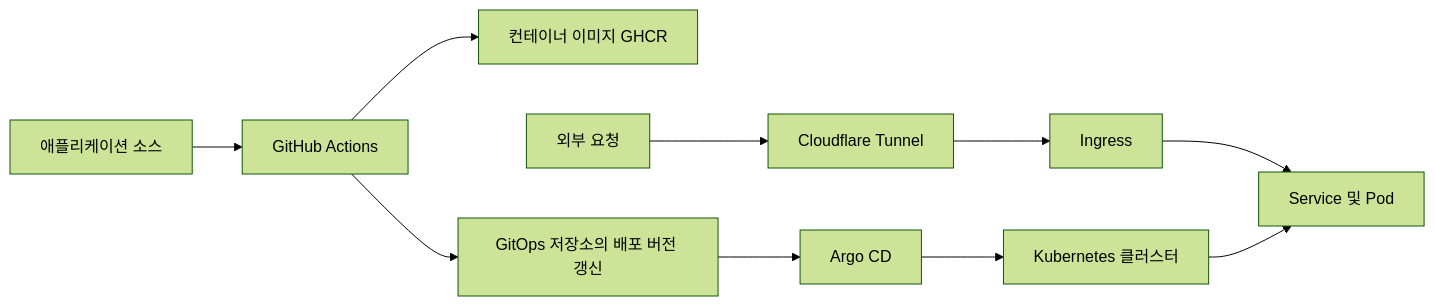
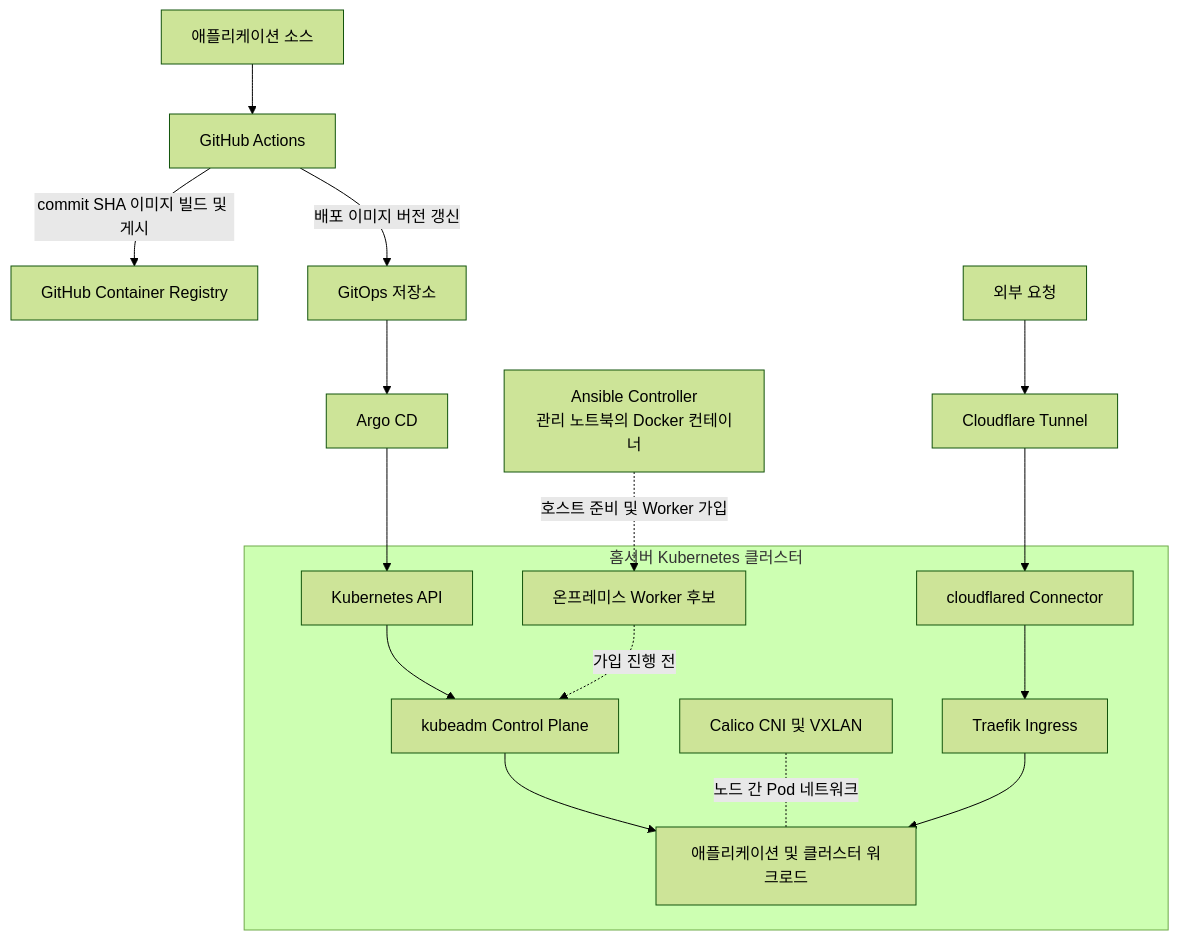
The diagram in profile/README.md (HomeServer-PaaS/.github), drawn with Mermaid (forest theme) before and after one commit. The commit also changed other lines of this file, not shown here.

Commit message:
docs: expand HomeServer PaaS organization profile

````diff
--- a/profile/README.md
+++ b/profile/README.md
@@ -9,13 +9,21 @@
 ```mermaid
-flowchart LR
-    App[애플리케이션 소스] --> CI[GitHub Actions]
-    CI --> Registry[컨테이너 이미지 GHCR]
-    CI --> GitOps[GitOps 저장소의 배포 버전 갱신]
+flowchart TB
+    App[애플리케이션 소스] --> Actions[GitHub Actions]
+    Actions -->|commit SHA 이미지 빌드 및 게시| GHCR[GitHub Container Registry]
+    Actions -->|배포 이미지 버전 갱신| GitOps[GitOps 저장소]
     GitOps --> Argo[Argo CD]
-    Argo --> Cluster[Kubernetes 클러스터]
+    Argo --> API[Kubernetes API]
 
-    User[외부 요청] --> Tunnel[Cloudflare Tunnel]
-    Tunnel --> Ingress[Ingress]
-    Ingress --> Service[Service 및 Pod]
-    Cluster --> Service
+    subgraph HomeServer[홈서버 Kubernetes 클러스터]
+        API --> ControlPlane[kubeadm Control Plane]
+        ControlPlane --> Workloads[애플리케이션 및 클러스터 워크로드]
+        Worker[온프레미스 Worker 후보] -. 가입 진행 전 .-> ControlPlane
+        Calico[Calico CNI 및 VXLAN] -. 노드 간 Pod 네트워크 .- Workloads
+        Cloudflared[cloudflared Connector] --> Traefik[Traefik Ingress]
+        Traefik --> Workloads
+    end
+
+    Internet[외부 요청] --> Tunnel[Cloudflare Tunnel]
+    Tunnel --> Cloudflared
+    Ansible[Ansible Controller<br/>관리 노트북의 Docker 컨테이너] -. 호스트 준비 및 Worker 가입 .-> Worker
 ```
````
